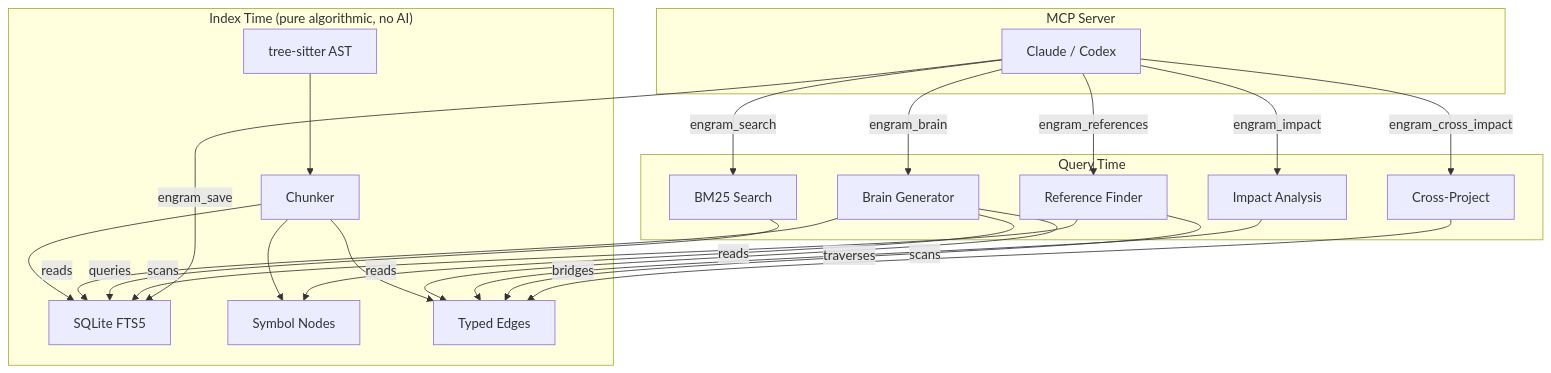
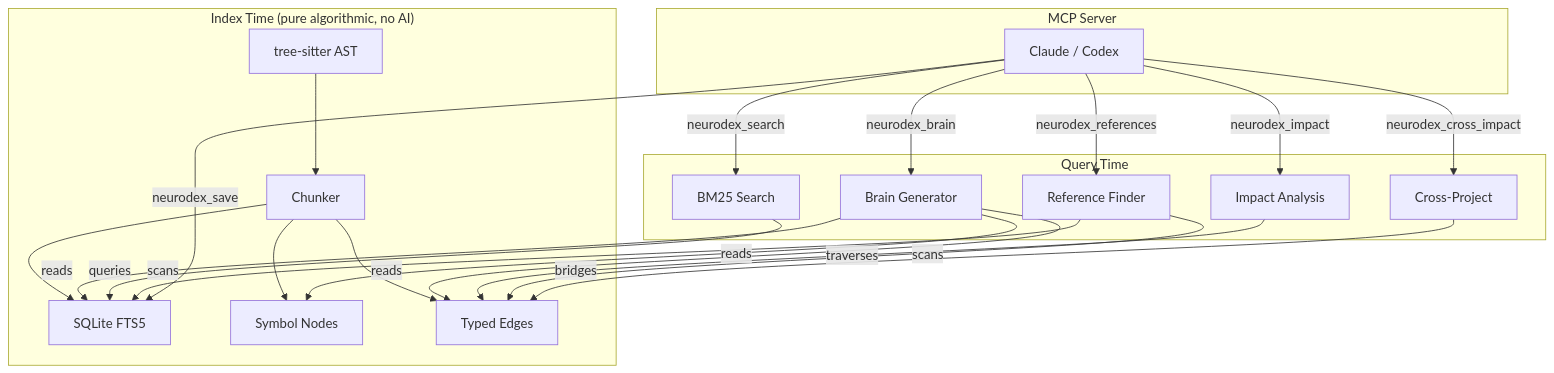
The first of 4 diagrams in README.md (karanpanchall/neurodex), drawn with Mermaid before and after one commit. The commit also changed other lines of this file and 34 other files, not shown here.

Commit message:
rename internal package engram → neurodex

````diff
--- a/README.md
+++ b/README.md
@@ -30,29 +30,29 @@
 ```mermaid
 graph TB
     subgraph "Index Time (pure algorithmic, no AI)"
         TS[tree-sitter AST] --> CH[Chunker]
         CH --> FTS[SQLite FTS5]
         CH --> NODES[Symbol Nodes]
         CH --> EDGES[Typed Edges]
     end
 
     subgraph "Query Time"
         BRAIN[Brain Generator] --> |reads| FTS
         BRAIN --> |reads| NODES
         BRAIN --> |reads| EDGES
         SEARCH[BM25 Search] --> |queries| FTS
         IMPACT[Impact Analysis] --> |traverses| EDGES
         REFS[Reference Finder] --> |scans| FTS
         REFS --> |scans| EDGES
         XPROJ[Cross-Project] --> |bridges| EDGES
     end
 
     subgraph "MCP Server"
-        LLM[Claude / Codex] --> |engram_brain| BRAIN
-        LLM --> |engram_search| SEARCH
-        LLM --> |engram_impact| IMPACT
-        LLM --> |engram_references| REFS
-        LLM --> |engram_cross_impact| XPROJ
-        LLM --> |engram_save| FTS
+        LLM[Claude / Codex] --> |neurodex_brain| BRAIN
+        LLM --> |neurodex_search| SEARCH
+        LLM --> |neurodex_impact| IMPACT
+        LLM --> |neurodex_references| REFS
+        LLM --> |neurodex_cross_impact| XPROJ
+        LLM --> |neurodex_save| FTS
     end
 ```
````
